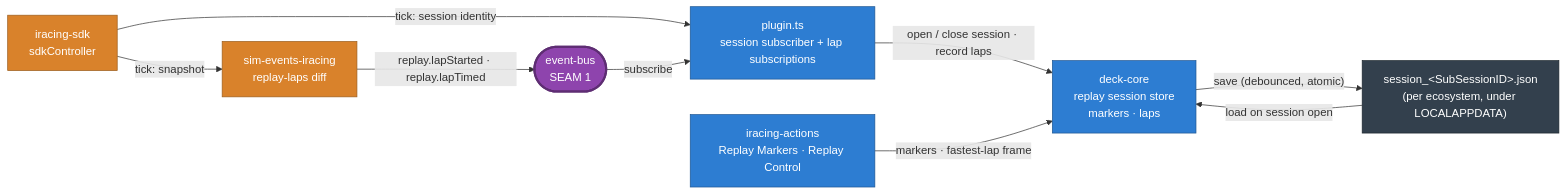
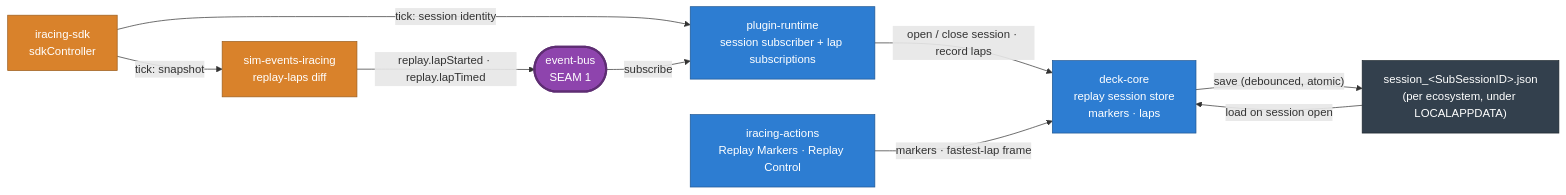
One commit to niklam/iracedeck changed the fifth of 8 diagrams in packages/website/src/content/docs/docs/development/architecture.md. Above: the diagram before and after it, drawn with Mermaid. The commit also changed other lines of this file and 112 other files, not shown here.

First line of the commit message:
refactor(plugin-runtime): one shared composition root for the three plugins (#1349) (#1357)

````diff
--- a/packages/website/src/content/docs/docs/development/architecture.md
+++ b/packages/website/src/content/docs/docs/development/architecture.md
@@ -196,24 +196,24 @@
 ```mermaid
 flowchart LR
   sdk["iracing-sdk<br/>sdkController"]:::sim
   trans["sim-events-iracing<br/>replay-laps diff"]:::sim
   bus(["event-bus<br/>SEAM 1"]):::seam
-  plugin["plugin.ts<br/>session subscriber + lap subscriptions"]:::core
+  plugin["plugin-runtime<br/>session subscriber + lap subscriptions"]:::core
   store["deck-core<br/>replay session store<br/>markers · laps"]:::core
   file["session_&lt;SubSessionID&gt;.json<br/>(per ecosystem, under LOCALAPPDATA)"]:::ext
   actions["iracing-actions<br/>Replay Markers · Replay Control"]:::core
 
   sdk -->|"tick: session identity"| plugin
   sdk -->|"tick: snapshot"| trans
   trans -->|"replay.lapStarted · replay.lapTimed"| bus
   bus -->|"subscribe"| plugin
   plugin -->|"open / close session · record laps"| store
   store -->|"save (debounced, atomic)"| file
   file -->|"load on session open"| store
   actions -->|"markers · fastest-lap frame"| store
 
   classDef ext fill:#33404d,color:#fff,stroke:#1d262e;
   classDef sim fill:#d9822b,color:#fff,stroke:#9c5e1f;
   classDef seam fill:#8e44ad,color:#fff,stroke:#5e2d73,stroke-width:3px;
   classDef core fill:#2d7dd2,color:#fff,stroke:#1f5793;
 ```
````
